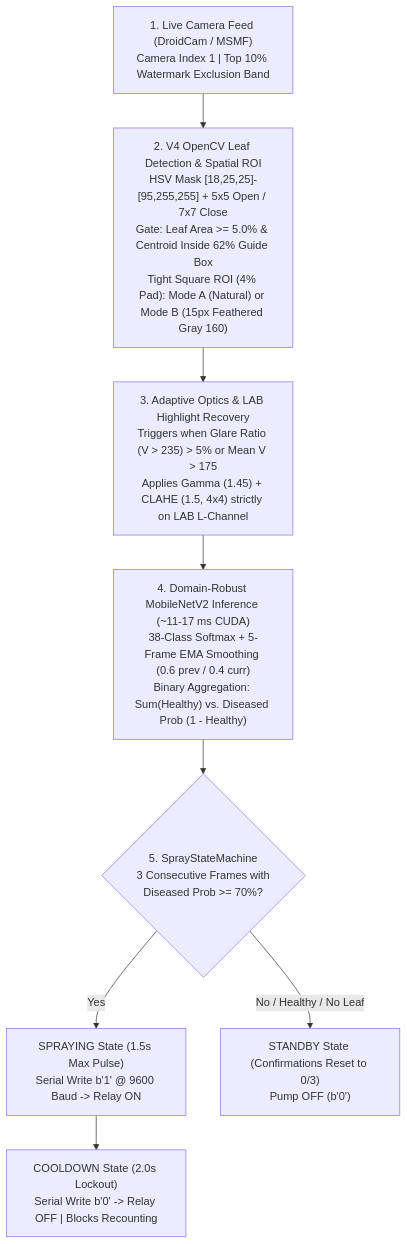
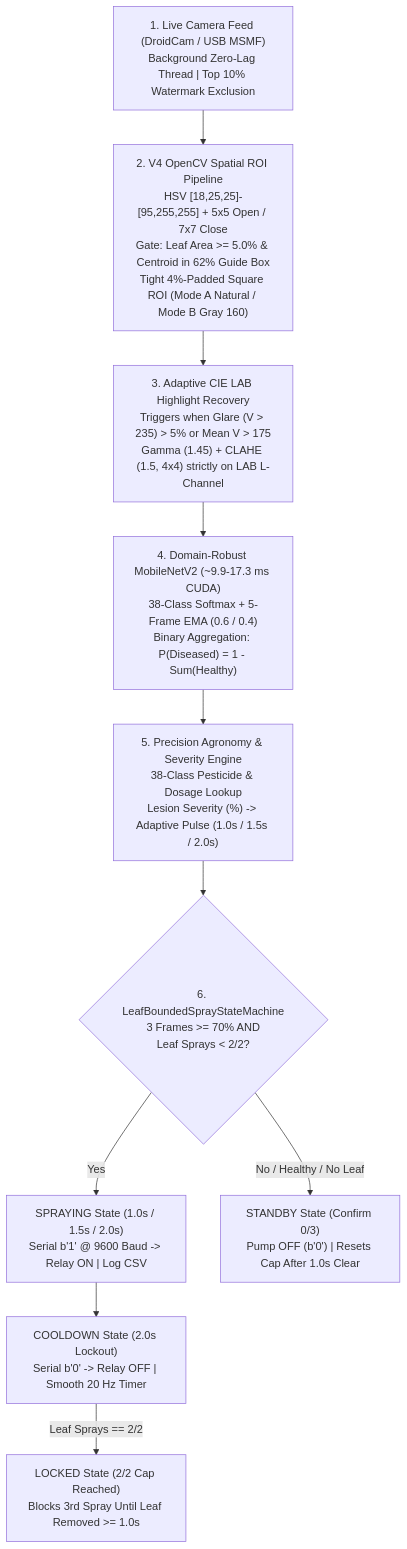
One commit to Navnith-7/intelligent-pesticide-sprinkling-system changed the diagram in README.md. Above: the diagram before and after it, drawn with Mermaid. The commit also changed other lines of this file and 7 other files, not shown here.

Commit message:
feat(v5): add Streamlit control console, 38-class pesticide formulary, adaptive lesion severity timer, 2-spray leaf cap, and 300-DPI benchmark charts

````diff
--- a/README.md
+++ b/README.md
@@ -52,10 +56,12 @@
 ```mermaid
 flowchart TD
-    A["1. Live Camera Feed (DroidCam / MSMF)<br/>Camera Index 1 | Top 10% Watermark Exclusion Band"] --> B["2. V4 OpenCV Leaf Detection & Spatial ROI<br/>HSV Mask [18,25,25]-[95,255,255] + 5x5 Open / 7x7 Close<br/>Gate: Leaf Area >= 5.0% & Centroid Inside 62% Guide Box<br/>Tight Square ROI (4% Pad): Mode A (Natural) or Mode B (15px Feathered Gray 160)"]
-    B --> C["3. Adaptive Optics & LAB Highlight Recovery<br/>Triggers when Glare Ratio (V > 235) > 5% or Mean V > 175<br/>Applies Gamma (1.45) + CLAHE (1.5, 4x4) strictly on LAB L-Channel"]
-    C --> D["4. Domain-Robust MobileNetV2 Inference (~11-17 ms CUDA)<br/>38-Class Softmax + 5-Frame EMA Smoothing (0.6 prev / 0.4 curr)<br/>Binary Aggregation: Sum(Healthy) vs. Diseased Prob (1 - Healthy)"]
-    D --> E{"5. SprayStateMachine<br/>3 Consecutive Frames with<br/>Diseased Prob >= 70%?"}
-    E -- "Yes" --> F["SPRAYING State (1.5s Max Pulse)<br/>Serial Write b'1' @ 9600 Baud -> Relay ON"]
-    F --> G["COOLDOWN State (2.0s Lockout)<br/>Serial Write b'0' -> Relay OFF | Blocks Recounting"]
-    E -- "No / Healthy / No Leaf" --> H["STANDBY State (Confirmations Reset to 0/3)<br/>Pump OFF (b'0')"]
+    A["1. Live Camera Feed (DroidCam / USB MSMF)<br/>Background Zero-Lag Thread | Top 10% Watermark Exclusion"] --> B["2. V4 OpenCV Spatial ROI Pipeline<br/>HSV [18,25,25]-[95,255,255] + 5x5 Open / 7x7 Close<br/>Gate: Leaf Area >= 5.0% & Centroid in 62% Guide Box<br/>Tight 4%-Padded Square ROI (Mode A Natural / Mode B Gray 160)"]
+    B --> C["3. Adaptive CIE LAB Highlight Recovery<br/>Triggers when Glare (V > 235) > 5% or Mean V > 175<br/>Gamma (1.45) + CLAHE (1.5, 4x4) strictly on LAB L-Channel"]
+    C --> D["4. Domain-Robust MobileNetV2 (~9.9-17.3 ms CUDA)<br/>38-Class Softmax + 5-Frame EMA (0.6 / 0.4)<br/>Binary Aggregation: P(Diseased) = 1 - Sum(Healthy)"]
+    D --> E["5. Precision Agronomy & Severity Engine<br/>38-Class Pesticide & Dosage Lookup<br/>Lesion Severity (%) -> Adaptive Pulse (1.0s / 1.5s / 2.0s)"]
+    E --> F{"6. LeafBoundedSprayStateMachine<br/>3 Frames >= 70% AND<br/>Leaf Sprays < 2/2?"}
+    F -- "Yes" --> G["SPRAYING State (1.0s / 1.5s / 2.0s)<br/>Serial b'1' @ 9600 Baud -> Relay ON | Log CSV"]
+    G --> H["COOLDOWN State (2.0s Lockout)<br/>Serial b'0' -> Relay OFF | Smooth 20 Hz Timer"]
+    H -- "Leaf Sprays == 2/2" --> I["LOCKED State (2/2 Cap Reached)<br/>Blocks 3rd Spray Until Leaf Removed >= 1.0s"]
+    F -- "No / Healthy / No Leaf" --> J["STANDBY State (Confirm 0/3)<br/>Pump OFF (b'0') | Resets Cap After 1.0s Clear"]
 ```
````
